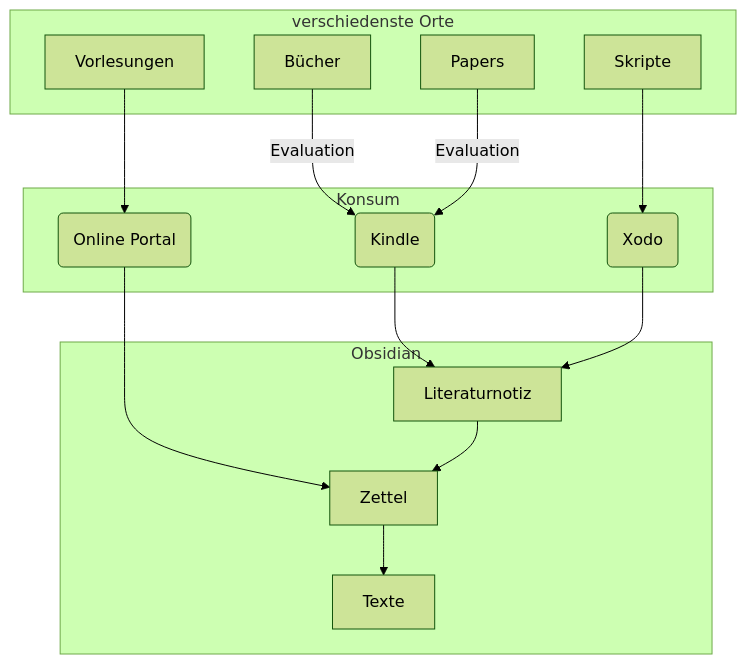
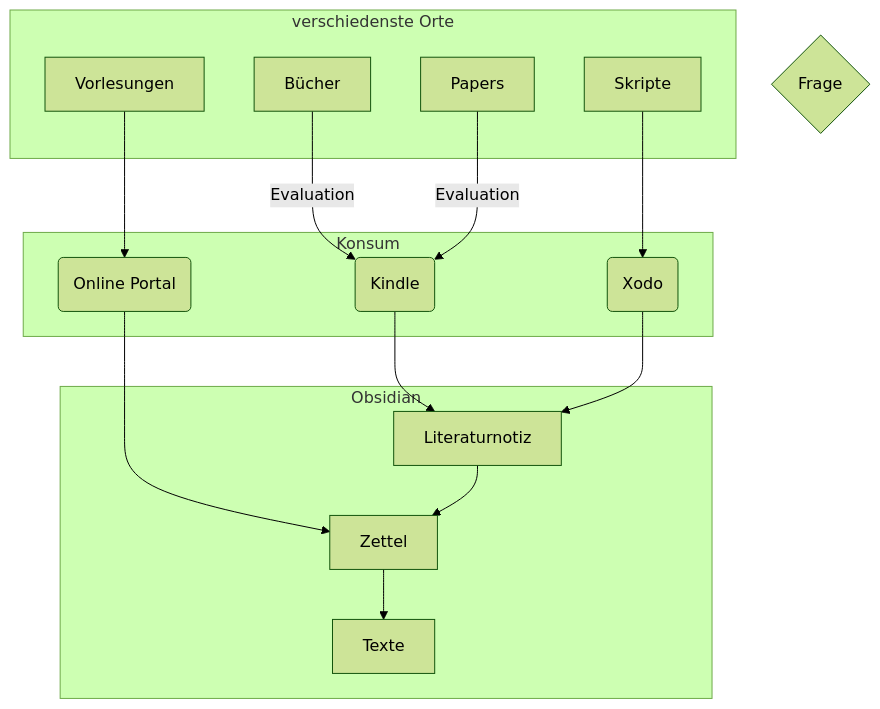
The diagram in System/Informationsverarbeitung.md (julianstoerig/zettelkasten), drawn with Mermaid (forest theme) before and after one commit. The commit also changed 1 other file, not shown here.

Commit message:
automatic version-control: 2021-01-11 23:07:37

````diff
--- a/System/Informationsverarbeitung.md
+++ b/System/Informationsverarbeitung.md
@@ -1,42 +1,44 @@
 ```mermaid
 flowchart TB;
+
+F{Frage}
 
 B["Bücher"]
 S["Skripte"]
 V["Vorlesungen"]
 P["Papers"]
 
 K("Kindle")
 X("Xodo")
 OP("Online Portal")
 
 L["Literaturnotiz"]
 Z["Zettel"]
 T["Texte"]
 
 subgraph verschiedenste Orte
 	B
 	P
 	S
 	V
 end
 
 B & P -->|Evaluation| K
 S --> X
 V --> OP
 
 subgraph Konsum
 	K
 	X
 	OP
 end
 
 K --> L
 X --> L
 OP --> Z
 
 subgraph Obsidian	
 	L --> Z
 	Z --> T
 end
 ```
````
